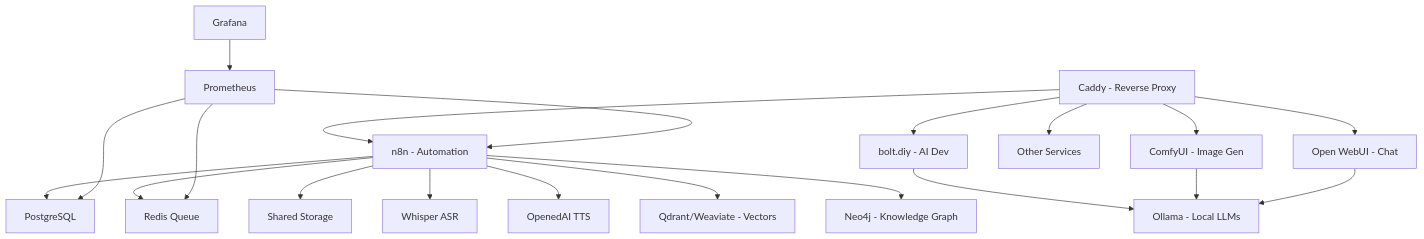
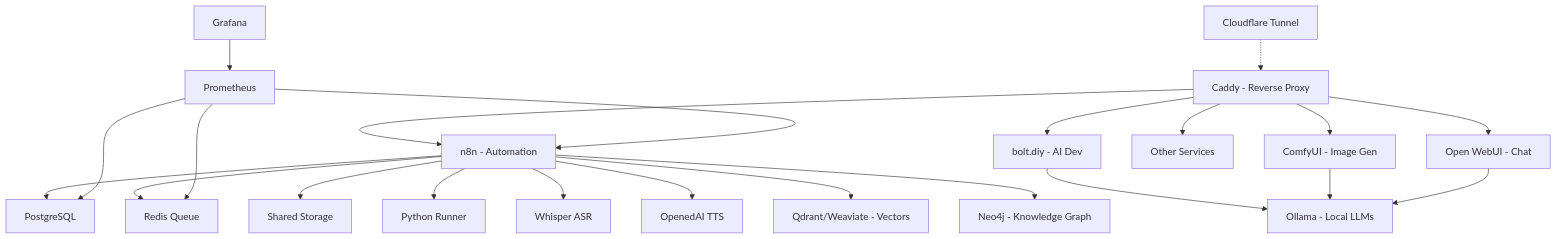
The diagram in README.md (tjcork/ai-launchkit), drawn with Mermaid before and after one commit. The commit also changed other lines of this file, not shown here.

````diff
--- a/README.md
+++ b/README.md
@@ -658,27 +658,30 @@
 ```mermaid
 graph TD
     A[Caddy - Reverse Proxy] --> B[n8n - Automation]
     A --> C[bolt.diy - AI Dev]
     A --> D[ComfyUI - Image Gen]
     A --> E[Open WebUI - Chat]
     A --> F[Other Services]
     
+    CF[Cloudflare Tunnel] -.-> A
+    
     B --> G[PostgreSQL]
     B --> H[Redis Queue]
     B --> I[Shared Storage]
+    B --> PR[Python Runner]
     
     B --> M[Whisper ASR]
     B --> N[OpenedAI TTS]
     
     B --> O[Qdrant/Weaviate - Vectors]
     B --> P[Neo4j - Knowledge Graph]
     
     C --> J[Ollama - Local LLMs]
     D --> J
     E --> J
     
     K[Grafana] --> L[Prometheus]
     L --> B
     L --> G
     L --> H
 ```
````
